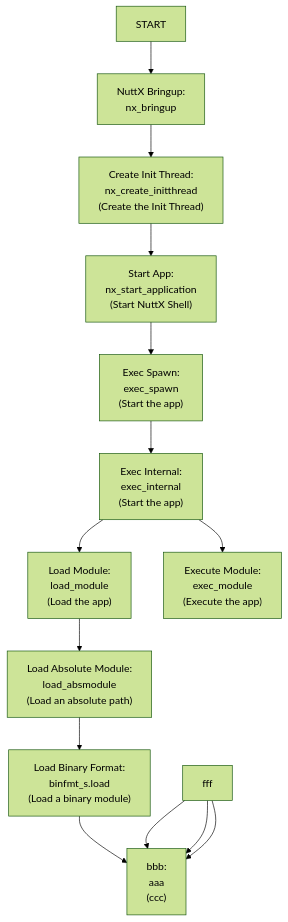
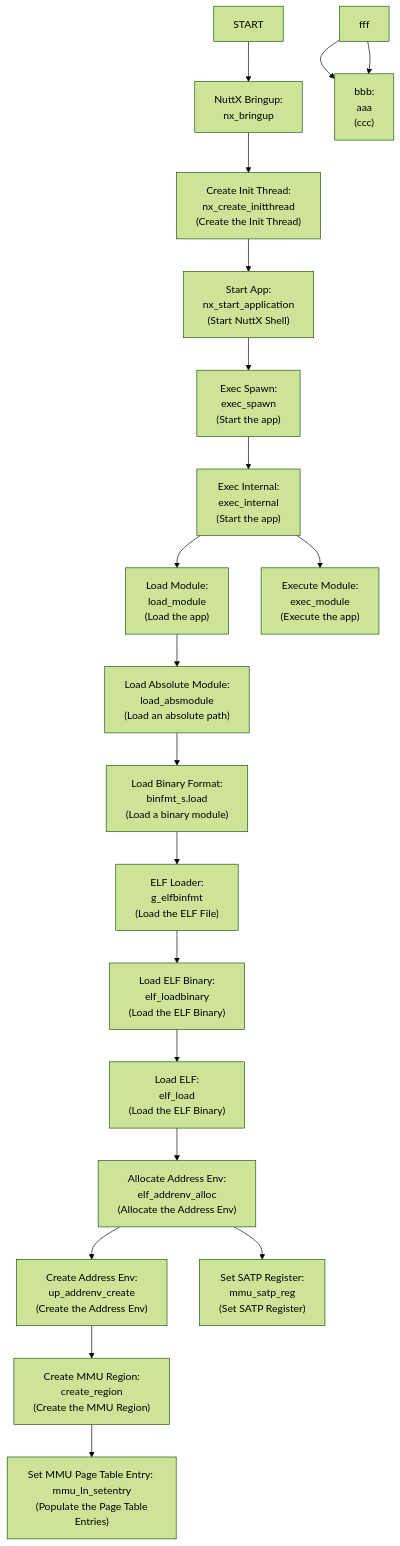
One commit to lupyuen/nuttx-ox64 changed the second of 2 diagrams in README.md. Above: the diagram before and after it, drawn with Mermaid (forest theme). The commit also changed other lines of this file, not shown here.

````diff
--- a/README.md
+++ b/README.md
@@ -2897,42 +2897,60 @@
 ```mermaid
 flowchart TD
 START --> nx_bringup["NuttX Bringup: \n nx_bringup"]
 click nx_bringup href "https://github.com/apache/nuttx/blob/master/sched/init/nx_bringup.c#L373-L458" "sched/init/nx_bringup.c" _blank
 
 nx_bringup --> nx_create_initthread["Create Init Thread: \n nx_create_initthread \n (Create the Init Thread)"]
 click nx_create_initthread href "https://github.com/apache/nuttx/blob/master/sched/init/nx_bringup.c#L330-L367" "https://github.com/apache/nuttx/blob/master/sched/init/nx_bringup.c#L330-L367" _blank
 
 nx_create_initthread --> nx_start_application["Start App: \n nx_start_application \n (Start NuttX Shell)"]
 click nx_start_application href "https://github.com/apache/nuttx/blob/master/sched/init/nx_bringup.c#L212C1-L302" "https://github.com/apache/nuttx/blob/master/sched/init/nx_bringup.c#L212C1-L302" _blank
 
 nx_start_application --> exec_spawn["Exec Spawn: \n exec_spawn \n (Start the app)"]
 click exec_spawn href "https://github.com/apache/nuttx/blob/master/binfmt/binfmt_exec.c#L183-L223" "https://github.com/apache/nuttx/blob/master/binfmt/binfmt_exec.c#L183-L223" _blank
 
 exec_spawn --> exec_internal["Exec Internal: \n exec_internal \n (Start the app)"]
 click exec_internal href "https://github.com/apache/nuttx/blob/master/binfmt/binfmt_exec.c#L42-L179" "https://github.com/apache/nuttx/blob/master/binfmt/binfmt_exec.c#L42-L179" _blank
 
 exec_internal --> load_module["Load Module: \n load_module \n (Load the app)"]
 click load_module href "https://github.com/apache/nuttx/blob/master/binfmt/binfmt_loadmodule.c#L136-L225" "https://github.com/apache/nuttx/blob/master/binfmt/binfmt_loadmodule.c#L136-L225" _blank
 
 exec_internal --> exec_module["Execute Module: \n exec_module \n (Execute the app)"]
 click exec_module href "https://github.com/apache/nuttx/blob/master/binfmt/binfmt_execmodule.c#L190-L450" "https://github.com/apache/nuttx/blob/master/binfmt/binfmt_execmodule.c#L190-L450" _blank
 
 load_module --> load_absmodule["Load Absolute Module: \n load_absmodule \n (Load an absolute path)"]
 click load_absmodule href "https://github.com/apache/nuttx/blob/master/binfmt/binfmt_loadmodule.c#L83-L132" "https://github.com/apache/nuttx/blob/master/binfmt/binfmt_loadmodule.c#L83-L132" _blank
 
 load_absmodule --> binfmt_s.load["Load Binary Format: \n binfmt_s.load \n (Load a binary module)"]
 click binfmt_s.load href "https://github.com/apache/nuttx/blob/master/include/nuttx/binfmt/binfmt.h#L122-L148" "https://github.com/apache/nuttx/blob/master/include/nuttx/binfmt/binfmt.h#L122-L148" _blank
 
-binfmt_s.load --> aaa["bbb: \n aaa \n (ccc)"]
-click aaa href "ddd" "eee" _blank
+binfmt_s.load --> g_elfbinfmt["ELF Loader: \n g_elfbinfmt \n (Load the ELF File)"]
+click g_elfbinfmt href "https://github.com/apache/nuttx/blob/master/binfmt/elf.c#L84-L94" "https://github.com/apache/nuttx/blob/master/binfmt/elf.c#L84-L94" _blank
 
-fff --> aaa["bbb: \n aaa \n (ccc)"]
-click aaa href "ddd" "eee" _blank
+g_elfbinfmt --> elf_loadbinary["Load ELF Binary: \n elf_loadbinary \n (Load the ELF Binary)"]
+click elf_loadbinary href "https://github.com/apache/nuttx/blob/master/binfmt/elf.c#L225-L355" "https://github.com/apache/nuttx/blob/master/binfmt/elf.c#L225-L355" _blank
+
+elf_loadbinary --> elf_load["Load ELF: \n elf_load \n (Load the ELF Binary)"]
+click elf_load href "https://github.com/apache/nuttx/blob/master/binfmt/libelf/libelf_load.c#L297-L445" "https://github.com/apache/nuttx/blob/master/binfmt/libelf/libelf_load.c#L297-L445" _blank
+
+elf_load --> elf_addrenv_alloc["Allocate Address Env: \n elf_addrenv_alloc \n (Allocate the Address Env)"]
+click elf_addrenv_alloc href "https://github.com/apache/nuttx/blob/master/binfmt/libelf/libelf_addrenv.c#L56-L178" "https://github.com/apache/nuttx/blob/master/binfmt/libelf/libelf_addrenv.c#L56-L178" _blank
+
+elf_addrenv_alloc --> up_addrenv_create["Create Address Env: \n up_addrenv_create \n (Create the Address Env)"]
+click up_addrenv_create href "https://github.com/apache/nuttx/blob/master/arch/risc-v/src/common/riscv_addrenv.c#L339-L490" "https://github.com/apache/nuttx/blob/master/arch/risc-v/src/common/riscv_addrenv.c#L339-L490" _blank
+
+elf_addrenv_alloc --> mmu_satp_reg["Set SATP Register: \n mmu_satp_reg \n (Set SATP Register)"]
+click mmu_satp_reg href "https://github.com/apache/nuttx/blob/master/arch/risc-v/src/common/riscv_mmu.h#L152-L176" "https://github.com/apache/nuttx/blob/master/arch/risc-v/src/common/riscv_mmu.h#L152-L176" _blank
+
+up_addrenv_create --> create_region["Create MMU Region: \n create_region \n (Create the MMU Region)"]
+click create_region href "https://github.com/apache/nuttx/blob/master/arch/risc-v/src/common/riscv_addrenv.c#L213-L310" "https://github.com/apache/nuttx/blob/master/arch/risc-v/src/common/riscv_addrenv.c#L213-L310" _blank
+
+create_region --> mmu_ln_setentry["Set MMU Page Table Entry: \n mmu_ln_setentry \n (Populate the Page Table Entries)"]
+click mmu_ln_setentry href "https://github.com/apache/nuttx/blob/master/arch/risc-v/src/common/riscv_mmu.c#L62-L109" "https://github.com/apache/nuttx/blob/master/arch/risc-v/src/common/riscv_mmu.c#L62-L109" _blank
 
 fff --> aaa["bbb: \n aaa \n (ccc)"]
 click aaa href "ddd" "eee" _blank
 
 fff --> aaa["bbb: \n aaa \n (ccc)"]
 click aaa href "ddd" "eee" _blank
 
 ```
````
